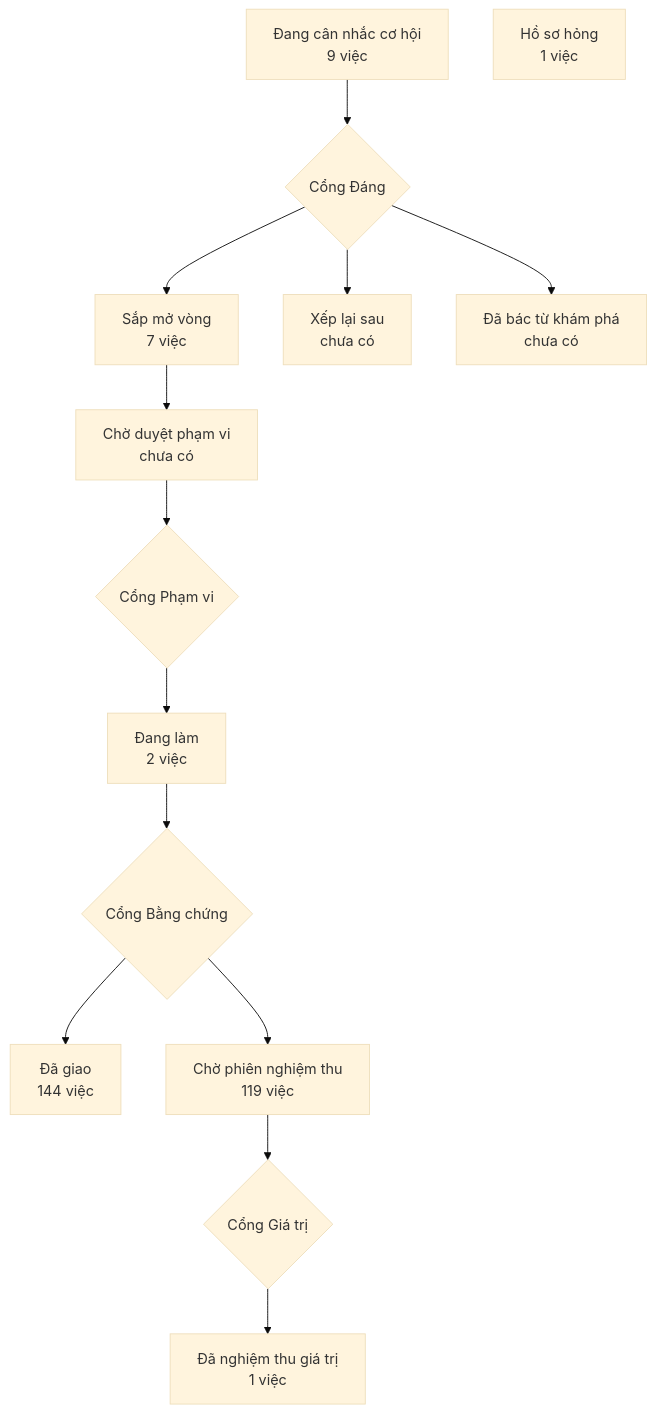
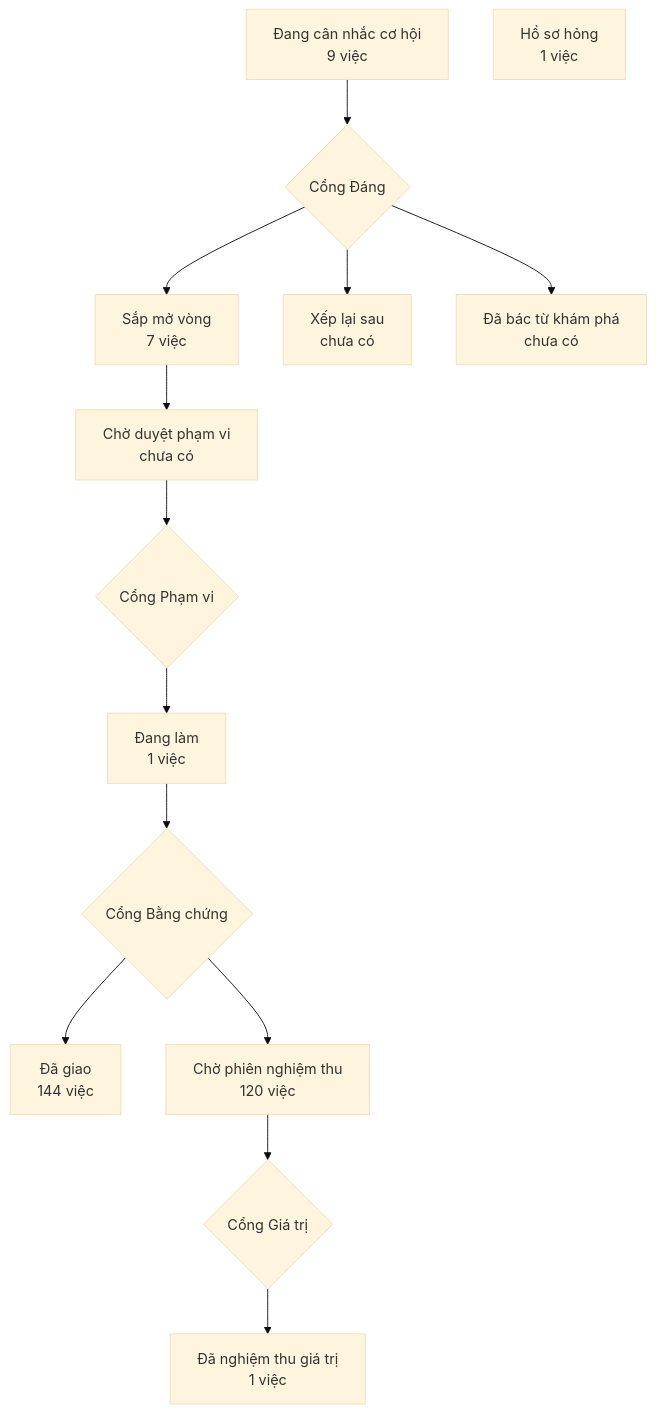
Before and after one commit to phanlemanh/crm-onehub: the diagram in PRODUCT-MAP.md, drawn with Mermaid (base theme). The commit also changed 4 other files, not shown here.

````diff
--- a/PRODUCT-MAP.md
+++ b/PRODUCT-MAP.md
@@ -7,13 +7,13 @@
 ```mermaid
 flowchart TD
   A["Đang cân nhắc cơ hội<br/>9 việc"] --> GD{"Cổng Đáng"}
   GD --> B["Sắp mở vòng<br/>7 việc"]
   GD --> XL["Xếp lại sau<br/>chưa có"]
   GD --> DB["Đã bác từ khám phá<br/>chưa có"]
   B --> CD["Chờ duyệt phạm vi<br/>chưa có"] --> GP{"Cổng Phạm vi"}
-  GP --> DL["Đang làm<br/>2 việc"] --> GB{"Cổng Bằng chứng"}
+  GP --> DL["Đang làm<br/>1 việc"] --> GB{"Cổng Bằng chứng"}
   GB --> DG["Đã giao<br/>144 việc"]
-  GB --> CN["Chờ phiên nghiệm thu<br/>119 việc"] --> GG{"Cổng Giá trị"}
+  GB --> CN["Chờ phiên nghiệm thu<br/>120 việc"] --> GG{"Cổng Giá trị"}
   GG --> NT["Đã nghiệm thu giá trị<br/>1 việc"]
   HS["Hồ sơ hỏng<br/>1 việc"]
 ```
````
